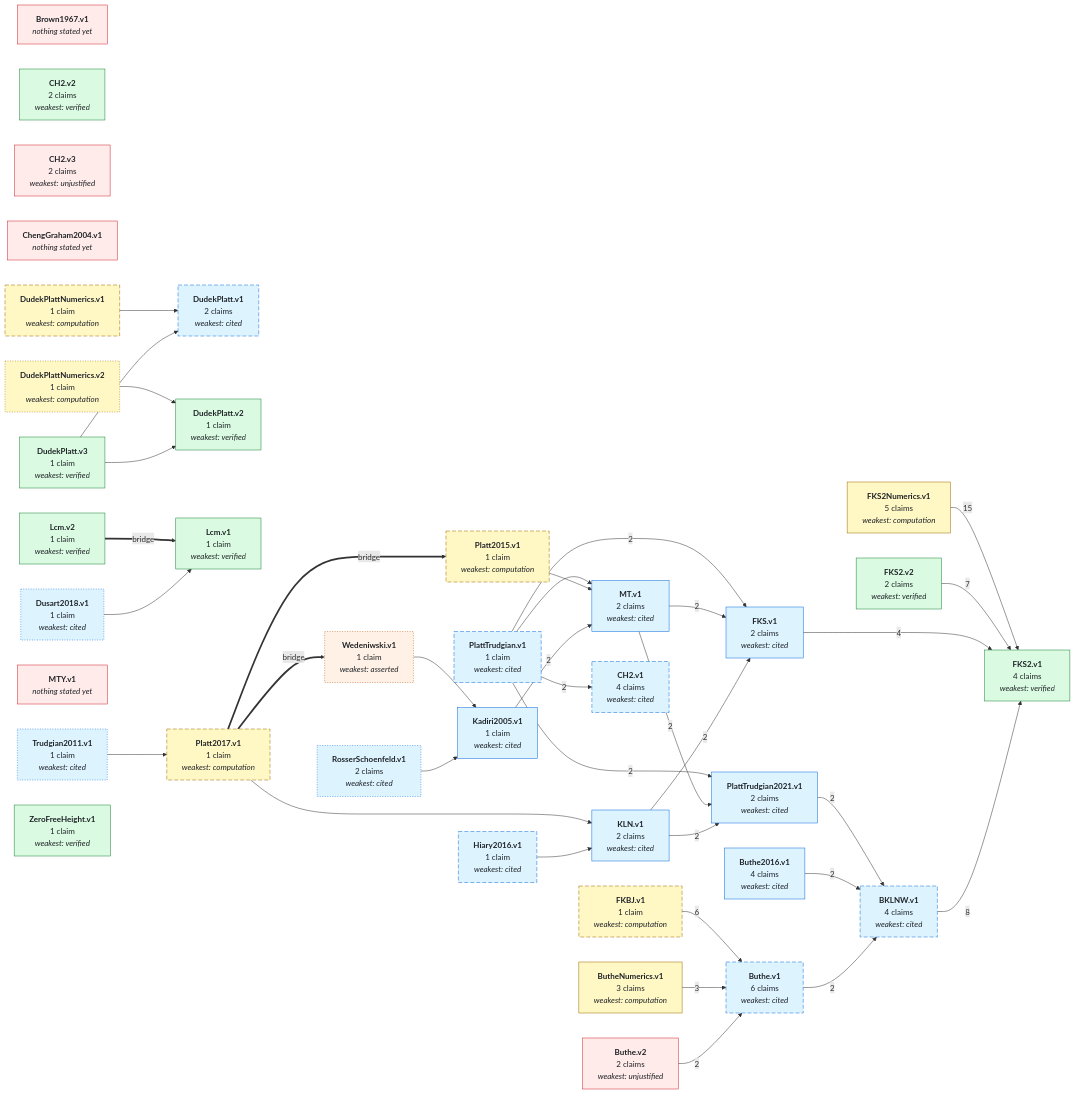
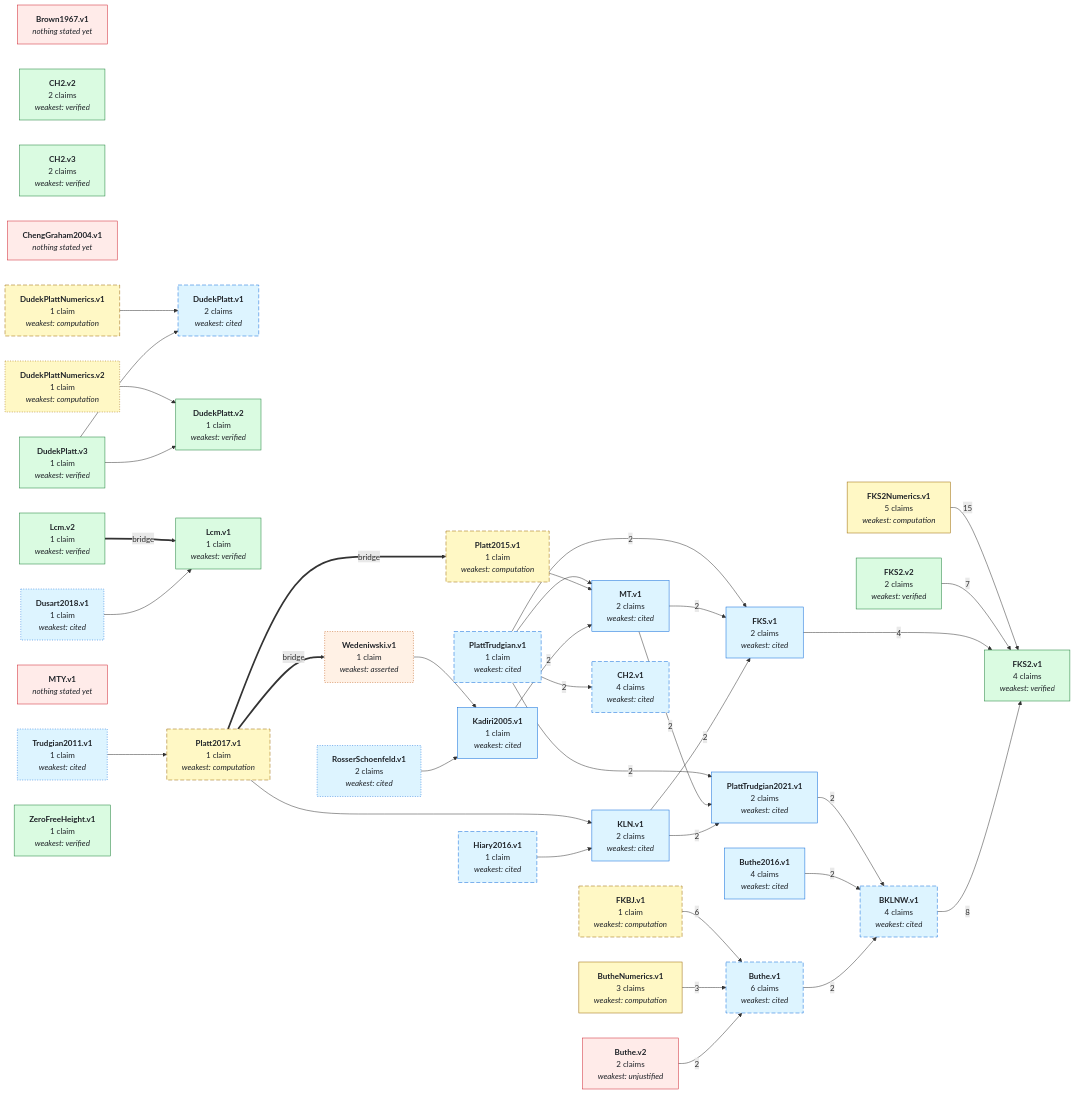
One commit to teorth/IEANTN changed the first of 2 diagrams in GRAPH.md. Above: the diagram before and after it, drawn with Mermaid. The commit also changed other lines of this file and 6 other files, not shown here.

```diff
--- a/GRAPH.md
+++ b/GRAPH.md
@@ -60,7 +60,7 @@
   NButheNumerics_v1["<b>ButheNumerics.v1</b><br/>3 claims<br/><i>weakest: computation</i>"]
   NCH2_v1["<b>CH2.v1</b><br/>4 claims<br/><i>weakest: cited</i>"]
   NCH2_v2["<b>CH2.v2</b><br/>2 claims<br/><i>weakest: verified</i>"]
-  NCH2_v3["<b>CH2.v3</b><br/>2 claims<br/><i>weakest: unjustified</i>"]
+  NCH2_v3["<b>CH2.v3</b><br/>2 claims<br/><i>weakest: verified</i>"]
   NChengGraham2004_v1["<b>ChengGraham2004.v1</b><br/><i>nothing stated yet</i>"]
   NDudekPlatt_v1["<b>DudekPlatt.v1</b><br/>2 claims<br/><i>weakest: cited</i>"]
   NDudekPlatt_v2["<b>DudekPlatt.v2</b><br/>1 claim<br/><i>weakest: verified</i>"]
@@ -136,11 +136,11 @@
   style NRosserSchoenfeld_v1 stroke-dasharray: 2 3;
   style NTrudgian2011_v1 stroke-dasharray: 2 3;
   style NWedeniwski_v1 stroke-dasharray: 2 3;
-  class NBrown1967_v1,NButhe_v2,NCH2_v3,NChengGraham2004_v1,NMTY_v1 none_yet;
+  class NBrown1967_v1,NButhe_v2,NChengGraham2004_v1,NMTY_v1 none_yet;
   class NWedeniwski_v1 asserted;
   class NBKLNW_v1,NButhe_v1,NButhe2016_v1,NCH2_v1,NDudekPlatt_v1,NDusart2018_v1,NFKS_v1,NHiary2016_v1,NKLN_v1,NKadiri2005_v1,NMT_v1,NPlattTrudgian_v1,NPlattTrudgian2021_v1,NRosserSchoenfeld_v1,NTrudgian2011_v1 literature;
   class NButheNumerics_v1,NDudekPlattNumerics_v1,NDudekPlattNumerics_v2,NFKBJ_v1,NFKS2Numerics_v1,NPlatt2015_v1,NPlatt2017_v1 numerical;
-  class NCH2_v2,NDudekPlatt_v2,NDudekPlatt_v3,NFKS2_v1,NFKS2_v2,NLcm_v1,NLcm_v2,NZeroFreeHeight_v1 lean_comparator;
+  class NCH2_v2,NCH2_v3,NDudekPlatt_v2,NDudekPlatt_v3,NFKS2_v1,NFKS2_v2,NLcm_v1,NLcm_v2,NZeroFreeHeight_v1 lean_comparator;
   click NBKLNW_v1 href "https://github.com/teorth/IEANTN/blob/main/docs/nodes/BKLNW-v1.md" _blank
   click NButhe_v1 href "https://github.com/teorth/IEANTN/blob/main/docs/nodes/Buthe-v1.md" _blank
   click NButhe_v2 href "https://github.com/teorth/IEANTN/blob/main/docs/nodes/Buthe-v2.md" _blank
```
